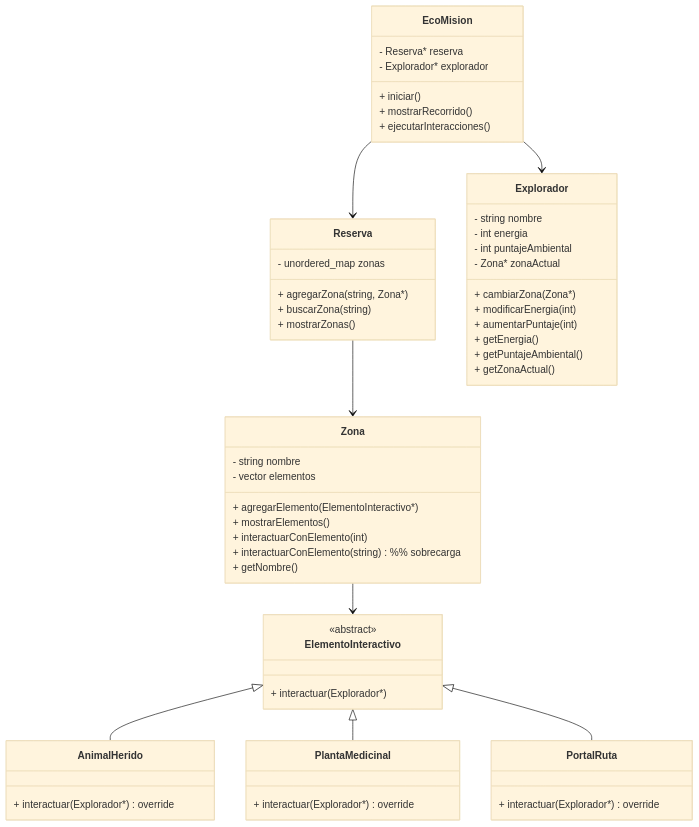
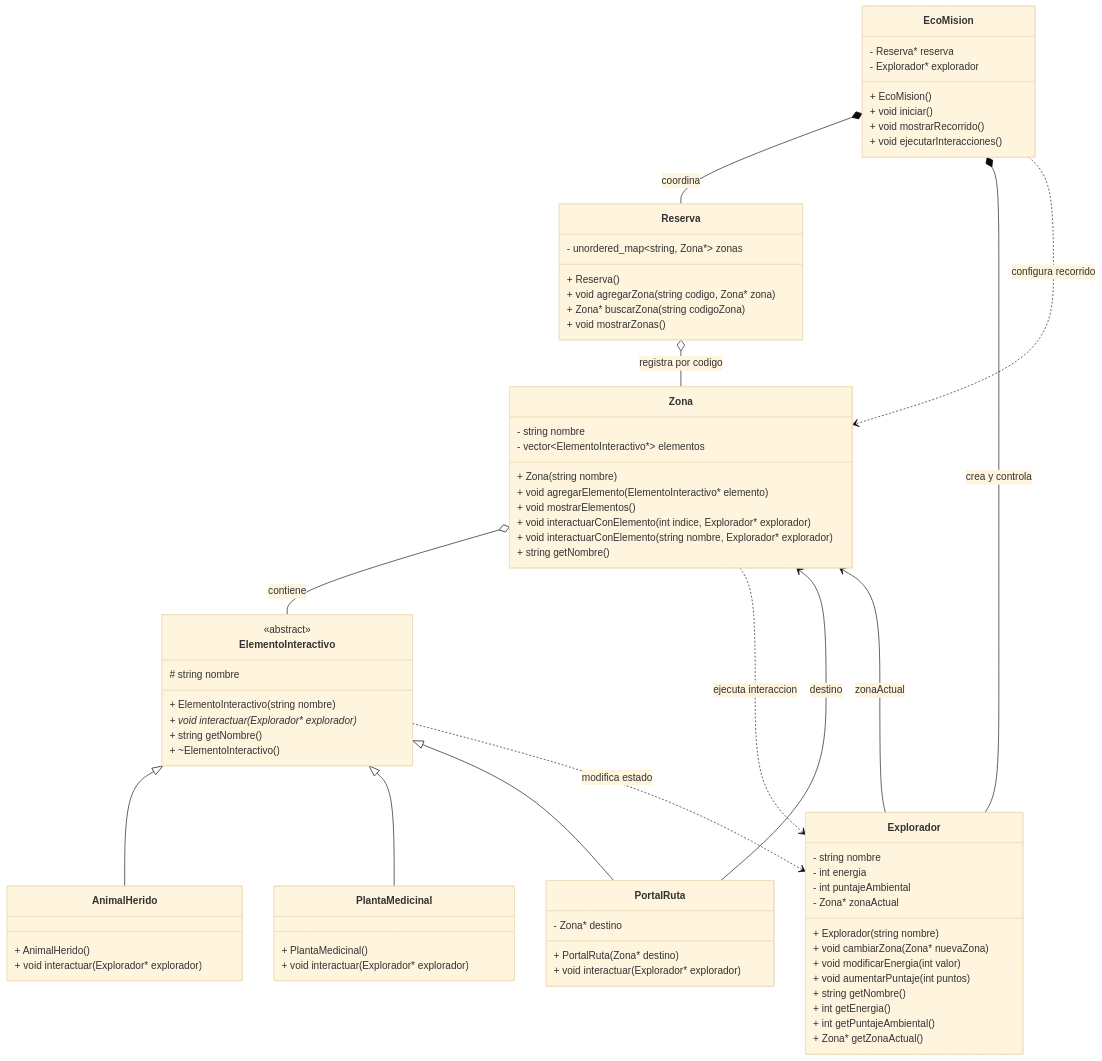
Before and after one commit to MineJuan/Proyecto_poo: the third of 3 diagrams in docs/diseno.md, drawn with Mermaid (base theme).

````diff
--- a/docs/diseno.md
+++ b/docs/diseno.md
@@ -131,26 +131,29 @@
     class EcoMision {
         - Reserva* reserva
         - Explorador* explorador
-        + iniciar()
-        + mostrarRecorrido()
-        + ejecutarInteracciones()
+        + EcoMision()
+        + void iniciar()
+        + void mostrarRecorrido()
+        + void ejecutarInteracciones()
     }
 
     class Reserva {
-        - unordered_map<string, Zona*> zonas
-        + agregarZona(string, Zona*)
-        + buscarZona(string)
-        + mostrarZonas()
+        - unordered_map~string, Zona*~ zonas
+        + Reserva()
+        + void agregarZona(string codigo, Zona* zona)
+        + Zona* buscarZona(string codigoZona)
+        + void mostrarZonas()
     }
 
     class Zona {
         - string nombre
-        - vector<ElementoInteractivo*> elementos
-        + agregarElemento(ElementoInteractivo*)
-        + mostrarElementos()
-        + interactuarConElemento(int)
-        + interactuarConElemento(string) %% sobrecarga
-        + getNombre()
+        - vector~ElementoInteractivo*~ elementos
+        + Zona(string nombre)
+        + void agregarElemento(ElementoInteractivo* elemento)
+        + void mostrarElementos()
+        + void interactuarConElemento(int indice, Explorador* explorador)
+        + void interactuarConElemento(string nombre, Explorador* explorador)
+        + string getNombre()
     }
 
     class Explorador {
@@ -158,36 +161,55 @@
         - int energia
         - int puntajeAmbiental
         - Zona* zonaActual
-        + cambiarZona(Zona*)
-        + modificarEnergia(int)
-        + aumentarPuntaje(int)
-        + getEnergia()
-        + getPuntajeAmbiental()
-        + getZonaActual()
+        + Explorador(string nombre)
+        + void cambiarZona(Zona* nuevaZona)
+        + void modificarEnergia(int valor)
+        + void aumentarPuntaje(int puntos)
+        + string getNombre()
+        + int getEnergia()
+        + int getPuntajeAmbiental()
+        + Zona* getZonaActual()
     }
 
     class ElementoInteractivo {
         <<abstract>>
-        + interactuar(Explorador*)
+        # string nombre
+        + ElementoInteractivo(string nombre)
+        + void interactuar(Explorador* explorador)*
+        + string getNombre()
+        + ~ElementoInteractivo()
     }
 
     class AnimalHerido {
-        + interactuar(Explorador*) override
+        + AnimalHerido()
+        + void interactuar(Explorador* explorador)
     }
 
     class PlantaMedicinal {
-        + interactuar(Explorador*) override
+        + PlantaMedicinal()
+        + void interactuar(Explorador* explorador)
     }
 
     class PortalRuta {
-        + interactuar(Explorador*) override
+        - Zona* destino
+        + PortalRuta(Zona* destino)
+        + void interactuar(Explorador* explorador)
     }
 
-    EcoMision --> Reserva
-    EcoMision --> Explorador
-    Reserva --> Zona
-    Zona --> ElementoInteractivo
+    EcoMision *-- Reserva : coordina
+    EcoMision *-- Explorador : crea y controla
+    EcoMision ..> Zona : configura recorrido
+
+    Reserva o-- Zona : registra por codigo
+    Zona o-- ElementoInteractivo : contiene
+
+    Explorador --> Zona : zonaActual
+    PortalRuta --> Zona : destino
+
     ElementoInteractivo <|-- AnimalHerido
     ElementoInteractivo <|-- PlantaMedicinal
     ElementoInteractivo <|-- PortalRuta
+
+    ElementoInteractivo ..> Explorador : modifica estado
+    Zona ..> Explorador : ejecuta interaccion
 ```
````
